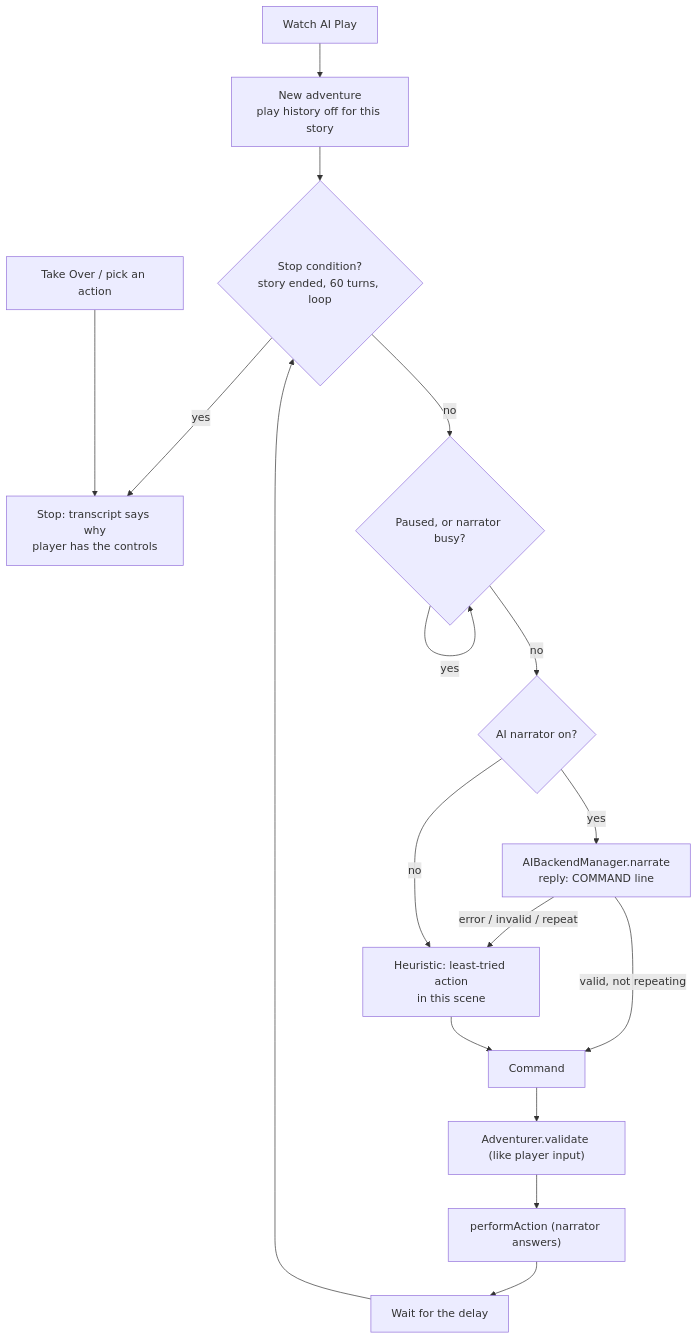
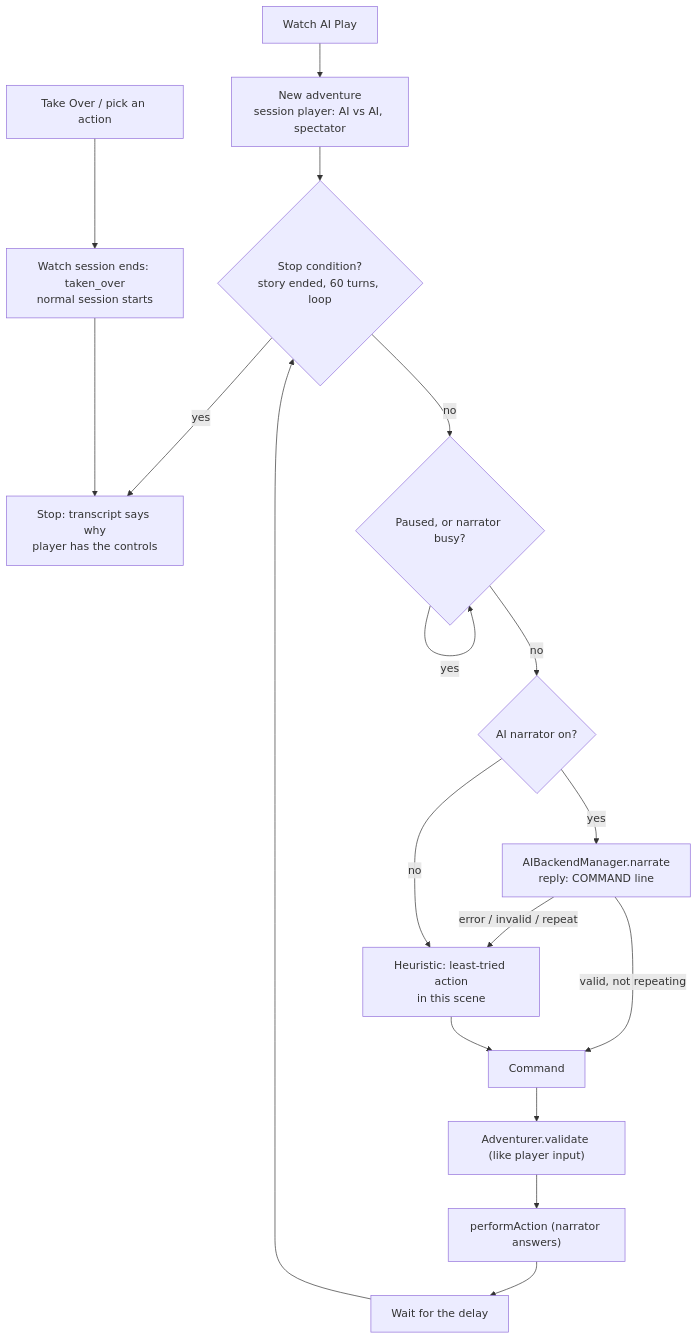
Before and after one commit to kochj23/Blompie: the first of 5 diagrams in README.md, drawn with Mermaid. The commit also changed other lines of this file and 7 other files, not shown here.

````diff
--- a/README.md
+++ b/README.md
@@ -82,18 +83,18 @@
 ```mermaid
 flowchart TD
-    W[Watch AI Play] --> N[New adventure<br/>play history off for this story]
+    W[Watch AI Play] --> N["New adventure<br/>session player: AI vs AI, spectator"]
     N --> Q{"Stop condition?<br/>story ended, 60 turns, loop"}
     Q -- yes --> X["Stop: transcript says why<br/>player has the controls"]
     Q -- no --> P{Paused, or narrator busy?}
     P -- yes --> P
     P -- no --> A{AI narrator on?}
     A -- yes --> B["AIBackendManager.narrate<br/>reply: COMMAND line"]
     B -- "valid, not repeating" --> C[Command]
     B -- "error / invalid / repeat" --> H
     A -- no --> H["Heuristic: least-tried action<br/>in this scene"]
     H --> C
     C --> V["Adventurer.validate (like player input)"]
     V --> T["performAction (narrator answers)"]
     T --> D[Wait for the delay] --> Q
-    U[Take Over / pick an action] --> X
+    U[Take Over / pick an action] --> TO["Watch session ends: taken_over<br/>normal session starts"] --> X
 ```
````
